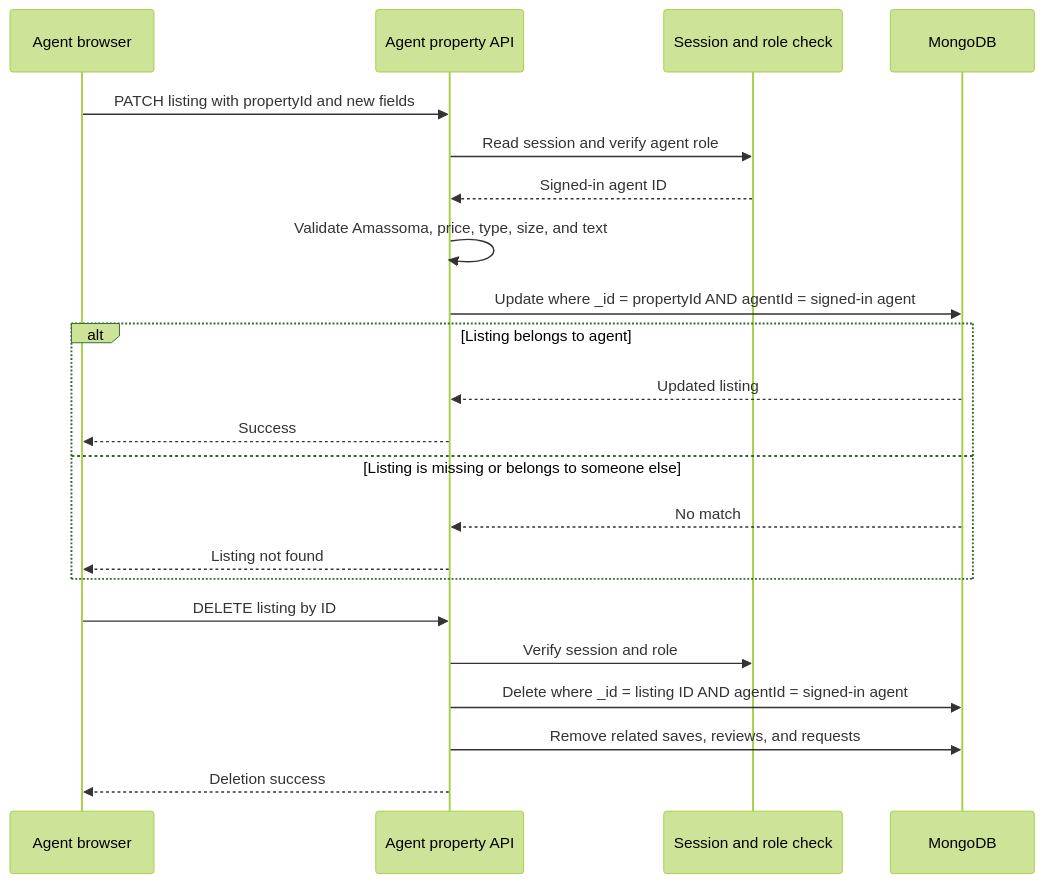
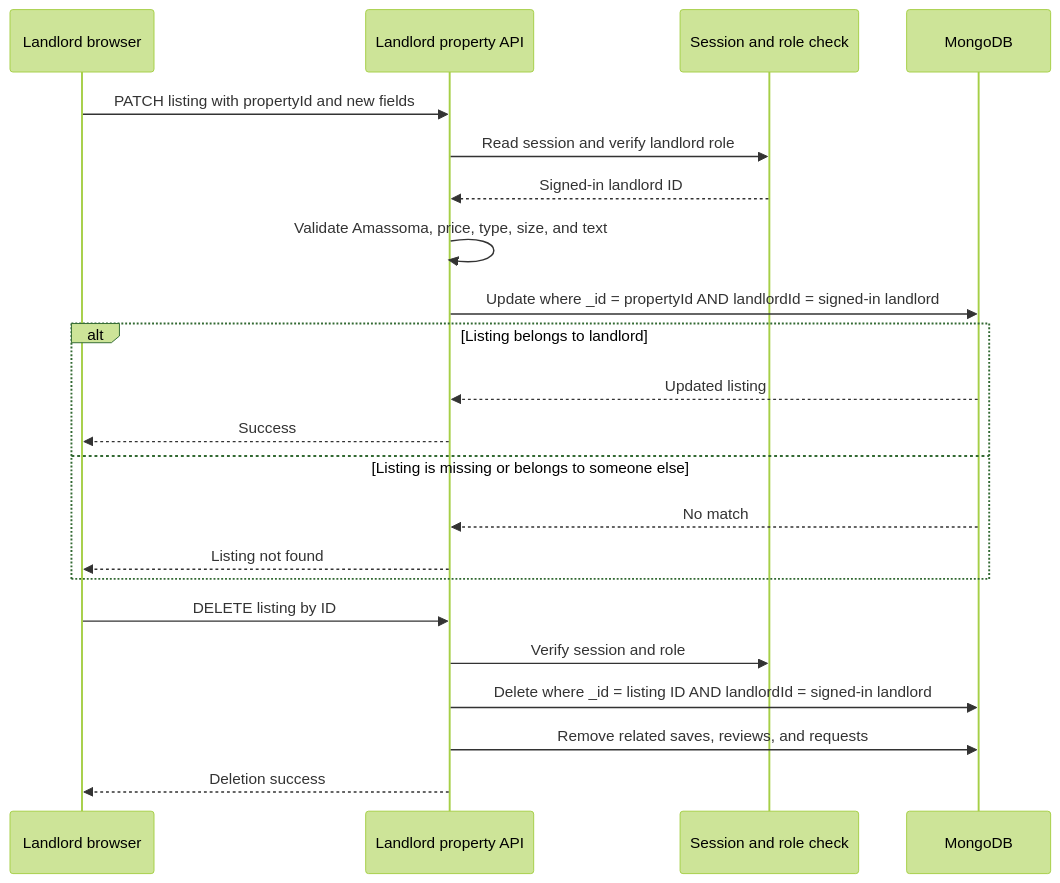
Before and after one commit to Tkay6677/oliv_homes: the sixth of 7 diagrams in docs/oliv-homes.md, drawn with Mermaid (forest theme). The commit also changed other lines of this file and 28 other files, not shown here.

````diff
--- a/docs/oliv-homes.md
+++ b/docs/oliv-homes.md
@@ -425,26 +425,26 @@
 ```mermaid
 sequenceDiagram
-	participant Agent as Agent browser
-	participant Route as Agent property API
+	participant Landlord as Landlord browser
+	participant Route as Landlord property API
 	participant Auth as Session and role check
 	participant DB as MongoDB
 
-	Agent->>Route: PATCH listing with propertyId and new fields
-	Route->>Auth: Read session and verify agent role
-	Auth-->>Route: Signed-in agent ID
+	Landlord->>Route: PATCH listing with propertyId and new fields
+	Route->>Auth: Read session and verify landlord role
+	Auth-->>Route: Signed-in landlord ID
 	Route->>Route: Validate Amassoma, price, type, size, and text
-	Route->>DB: Update where _id = propertyId AND agentId = signed-in agent
-	alt Listing belongs to agent
+	Route->>DB: Update where _id = propertyId AND landlordId = signed-in landlord
+	alt Listing belongs to landlord
 		DB-->>Route: Updated listing
-		Route-->>Agent: Success
+		Route-->>Landlord: Success
 	else Listing is missing or belongs to someone else
 		DB-->>Route: No match
-		Route-->>Agent: Listing not found
+		Route-->>Landlord: Listing not found
 	end
 
-	Agent->>Route: DELETE listing by ID
+	Landlord->>Route: DELETE listing by ID
 	Route->>Auth: Verify session and role
-	Route->>DB: Delete where _id = listing ID AND agentId = signed-in agent
+	Route->>DB: Delete where _id = listing ID AND landlordId = signed-in landlord
 	Route->>DB: Remove related saves, reviews, and requests
-	Route-->>Agent: Deletion success
+	Route-->>Landlord: Deletion success
 ```
````
